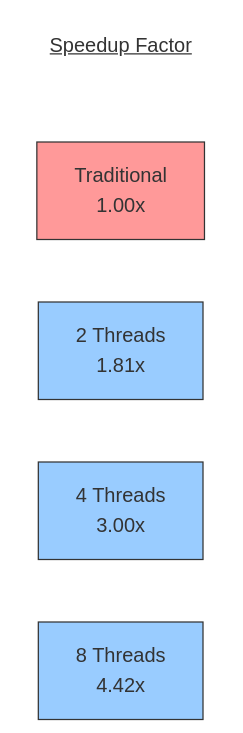
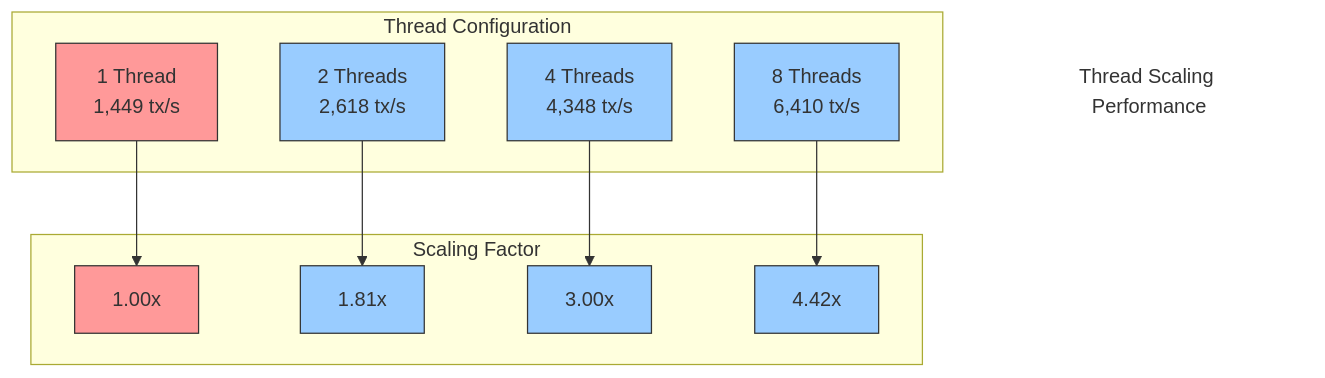
Before and after one commit to Final-Project-13520137/avalanche-parallel: the ninth of 10 diagrams in README.md, drawn with Mermaid. The commit also changed other lines of this file, not shown here.

Commit message:
fix diagram for test case transaction into readme

````diff
--- a/README.md
+++ b/README.md
@@ -562,16 +647,30 @@
 ```mermaid
-graph LR
-    title[<u>Speedup Factor</u>]
+flowchart TB
+    title[Thread Scaling Performance]
     style title fill:none,stroke:none
     
-    T1[Traditional<br>1.00x]
-    P2[2 Threads<br>1.81x]
-    P4[4 Threads<br>3.00x]
-    P8[8 Threads<br>4.42x]
+    subgraph Threads[Thread Configuration]
+        T1[1 Thread<br>1,449 tx/s]
+        T2[2 Threads<br>2,618 tx/s]
+        T4[4 Threads<br>4,348 tx/s]
+        T8[8 Threads<br>6,410 tx/s]
+    end
+    
+    subgraph Scale[Scaling Factor]
+        S1[1.00x]
+        S2[1.81x]
+        S4[3.00x]
+        S8[4.42x]
+    end
+    
+    T1 --> S1
+    T2 --> S2
+    T4 --> S4
+    T8 --> S8
     
     classDef traditional fill:#FF9999,stroke:#333,stroke-width:1px
     classDef parallel fill:#99CCFF,stroke:#333,stroke-width:1px
     
-    class T1 traditional
-    class P2,P4,P8 parallel
+    class T1,S1 traditional
+    class T2,T4,T8,S2,S4,S8 parallel
 ```
````
